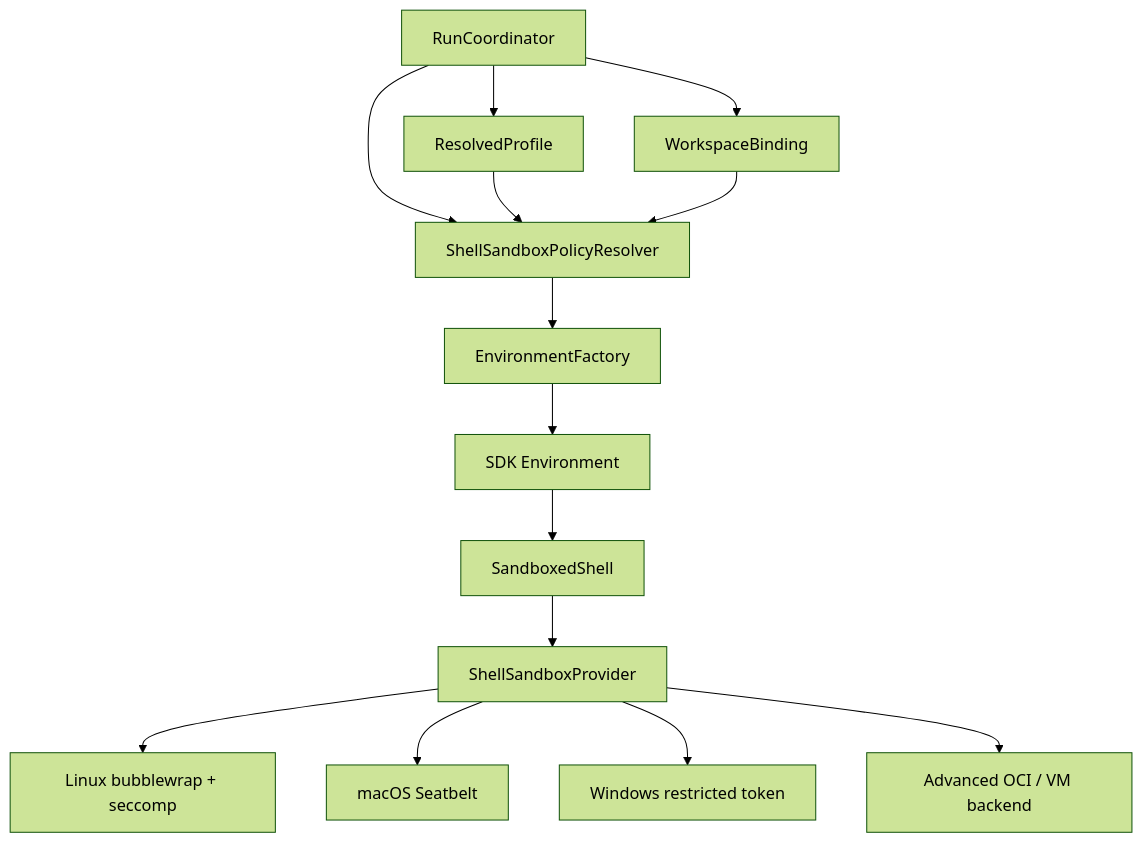
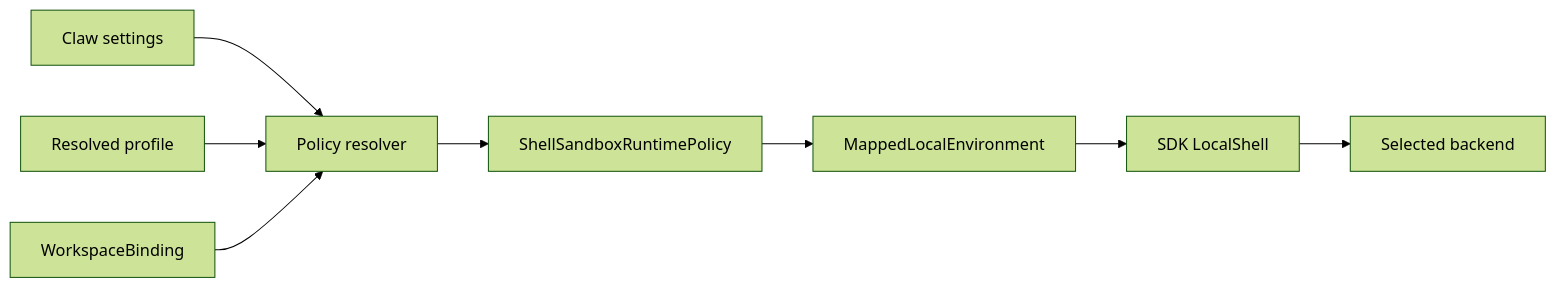
Before and after one commit to Wh1isper/ya-agent-sdk: the diagram in packages/ya-claw/spec/12-shell-sandbox.md, drawn with Mermaid (forest theme). The commit also changed other lines of this file and 446 other files, not shown here.

````diff
--- a/packages/ya-claw/spec/12-shell-sandbox.md
+++ b/packages/ya-claw/spec/12-shell-sandbox.md
@@ -53,16 +15,10 @@
 ```mermaid
-flowchart TB
-    COORD[RunCoordinator] --> PROF[ResolvedProfile]
-    COORD --> BIND[WorkspaceBinding]
-    COORD --> POLICY[ShellSandboxPolicyResolver]
-    PROF --> POLICY
-    BIND --> POLICY
-    POLICY --> ENVF[EnvironmentFactory]
-    ENVF --> ENV[SDK Environment]
-    ENV --> SHELL[SandboxedShell]
-    SHELL --> PROVIDER[ShellSandboxProvider]
-    PROVIDER --> LINUX[Linux bubblewrap + seccomp]
-    PROVIDER --> MAC[macOS Seatbelt]
-    PROVIDER --> WIN[Windows restricted token]
-    PROVIDER --> OCI[Advanced OCI / VM backend]
+flowchart LR
+    SETTINGS[Claw settings] --> RESOLVE[Policy resolver]
+    PROFILE[Resolved profile] --> RESOLVE
+    BINDING[WorkspaceBinding] --> RESOLVE
+    RESOLVE --> POLICY[ShellSandboxRuntimePolicy]
+    POLICY --> ENV[MappedLocalEnvironment]
+    ENV --> SHELL[SDK LocalShell]
+    SHELL --> BACKEND[Selected backend]
 ```
````
